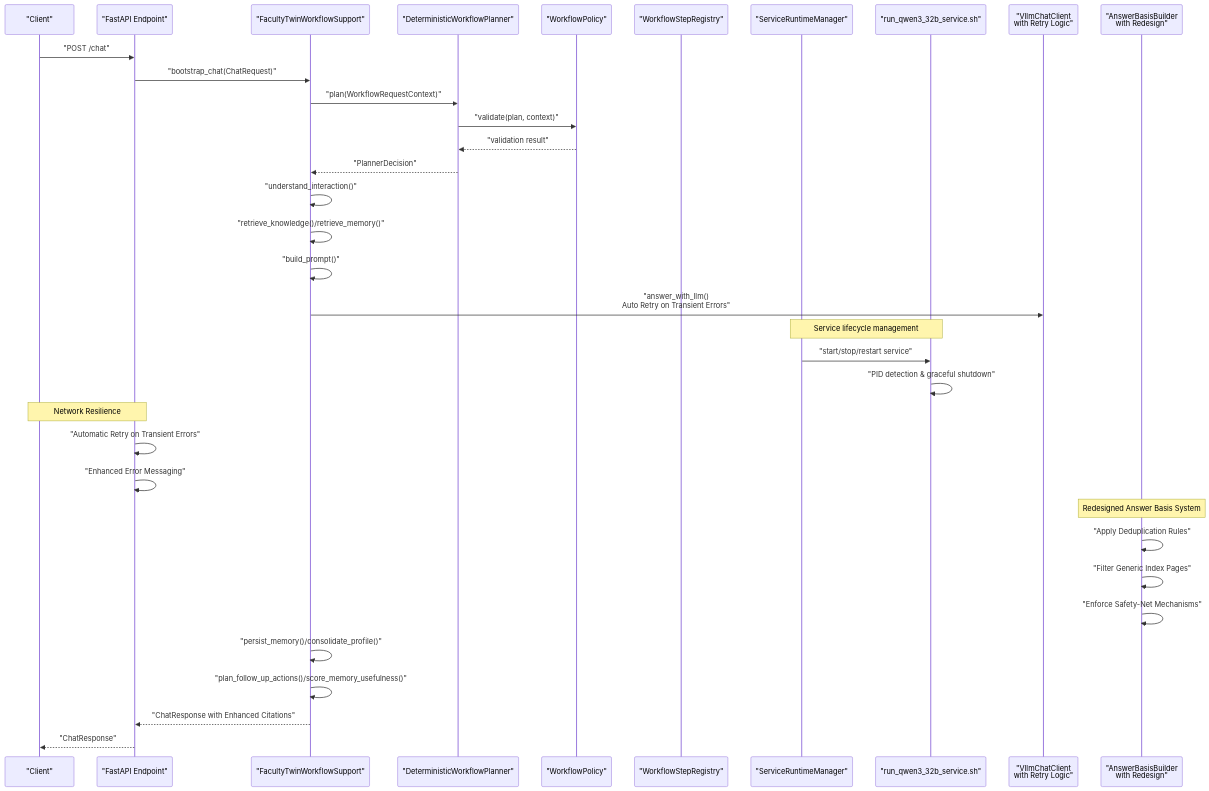
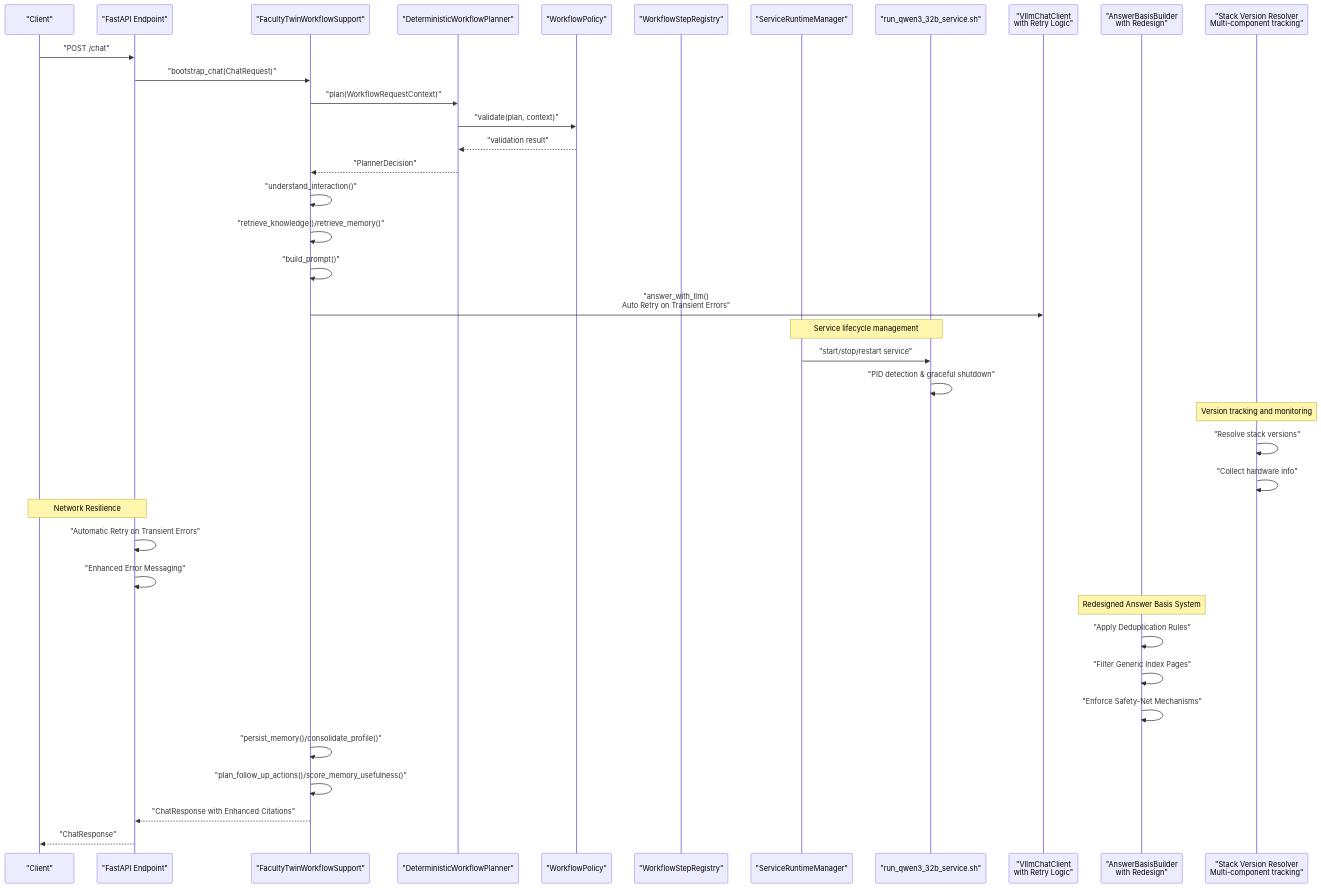
Before and after one commit to intellistream/sage-mate: the second of 7 diagrams in .qoder/repowiki/en/content/Core Components/Service Layer/Service Layer.md, drawn with Mermaid. The commit also changed other lines of this file and 45 other files, not shown here.

````diff
--- a/.qoder/repowiki/en/content/Core Components/Service Layer/Service Layer.md
+++ b/.qoder/repowiki/en/content/Core Components/Service Layer/Service Layer.md
@@ -184,37 +202,41 @@
 ```mermaid
 sequenceDiagram
 participant Client as "Client"
 participant API as "FastAPI Endpoint"
 participant Orchestrator as "FacultyTwinWorkflowSupport"
 participant Planner as "DeterministicWorkflowPlanner"
 participant Policy as "WorkflowPolicy"
 participant Steps as "WorkflowStepRegistry"
 participant SRM as "ServiceRuntimeManager"
 participant QSS as "run_qwen3_32b_service.sh"
 participant LLM as "VllmChatClient<br/>with Retry Logic"
 participant ABS as "AnswerBasisBuilder<br/>with Redesign"
+participant SVR as "Stack Version Resolver<br/>Multi-component tracking"
 Client->>API : "POST /chat"
 API->>Orchestrator : "bootstrap_chat(ChatRequest)"
 Orchestrator->>Planner : "plan(WorkflowRequestContext)"
 Planner->>Policy : "validate(plan, context)"
 Policy-->>Planner : "validation result"
 Planner-->>Orchestrator : "PlannerDecision"
 Orchestrator->>Orchestrator : "understand_interaction()"
 Orchestrator->>Orchestrator : "retrieve_knowledge()/retrieve_memory()"
 Orchestrator->>Orchestrator : "build_prompt()"
 Orchestrator->>LLM : "answer_with_llm()<br/>Auto Retry on Transient Errors"
 Note over SRM,QSS : Service lifecycle management
 SRM->>QSS : "start/stop/restart service"
 QSS->>QSS : "PID detection & graceful shutdown"
+Note over SVR : Version tracking and monitoring
+SVR->>SVR : "Resolve stack versions"
+SVR->>SVR : "Collect hardware info"
 Note over Client,API : Network Resilience
 API->>API : "Automatic Retry on Transient Errors"
 API->>API : "Enhanced Error Messaging"
 Note over ABS : Redesigned Answer Basis System
 ABS->>ABS : "Apply Deduplication Rules"
 ABS->>ABS : "Filter Generic Index Pages"
 ABS->>ABS : "Enforce Safety-Net Mechanisms"
 Orchestrator->>Orchestrator : "persist_memory()/consolidate_profile()"
 Orchestrator->>Orchestrator : "plan_follow_up_actions()/score_memory_usefulness()"
 Orchestrator-->>API : "ChatResponse with Enhanced Citations"
 API-->>Client : "ChatResponse"
 ```
````
